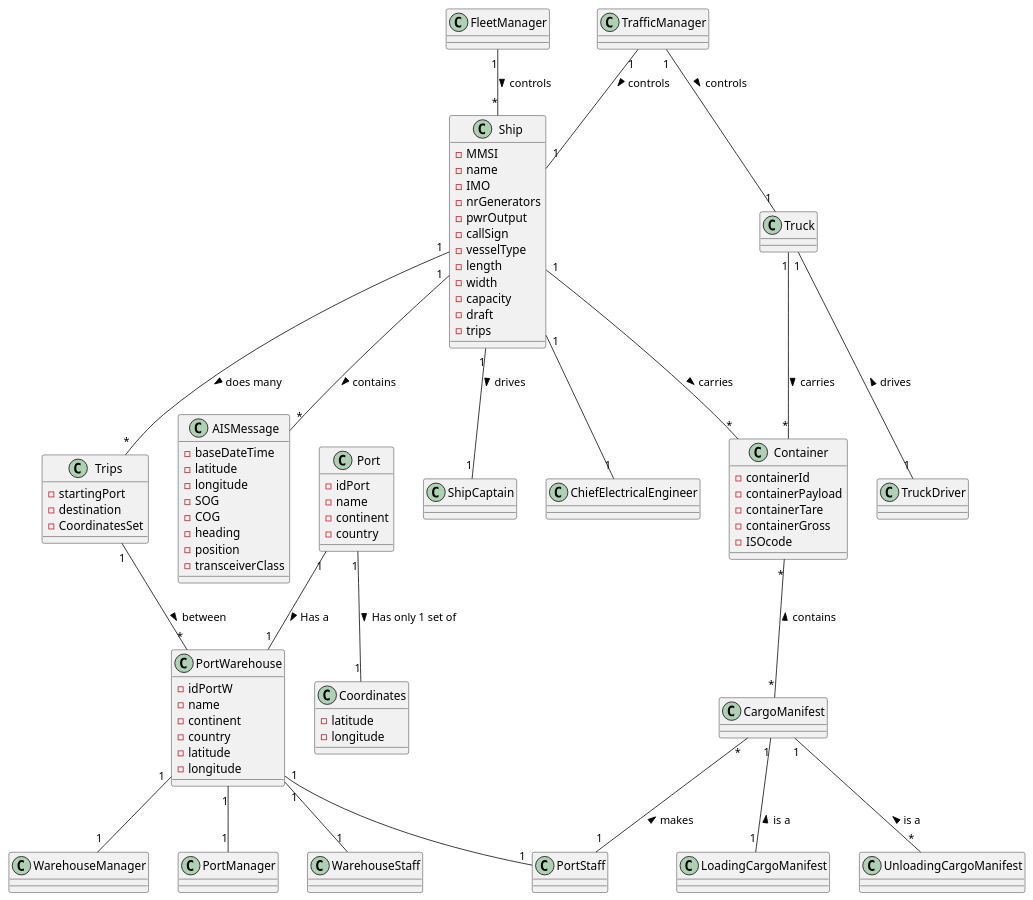
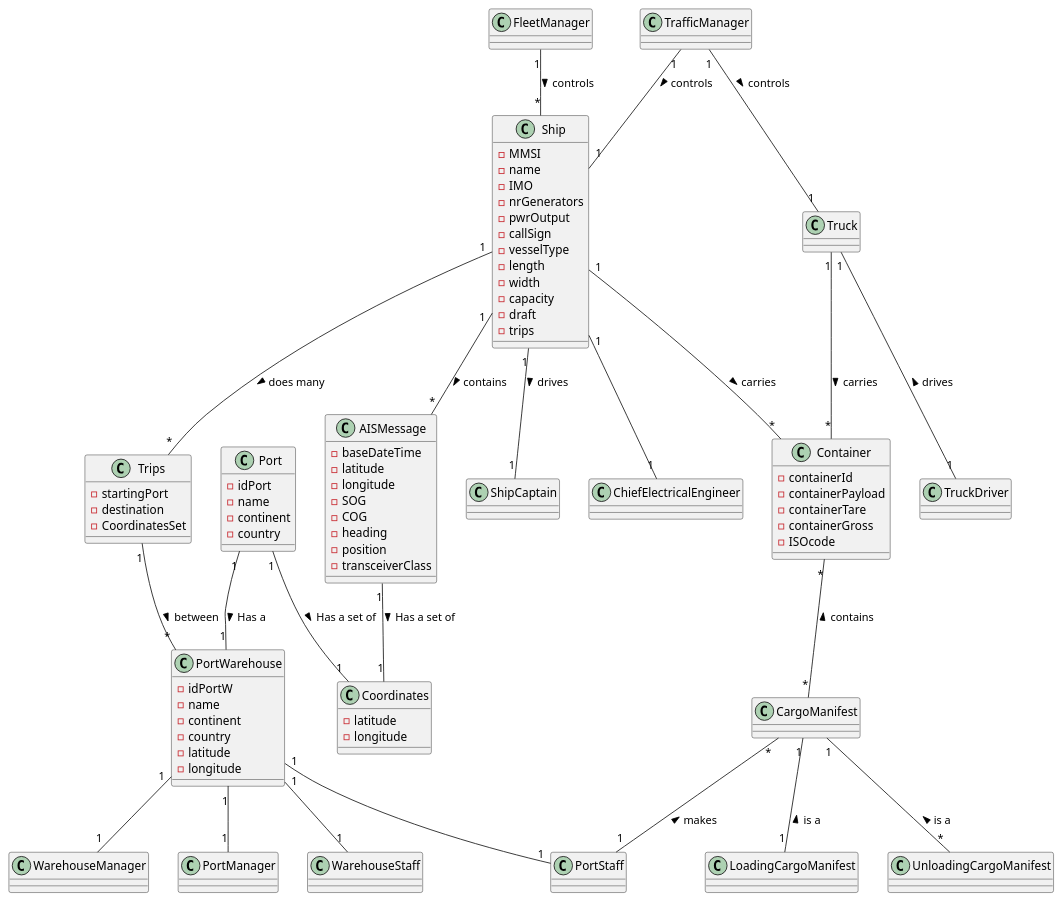
Before and after one commit to mpoboas/lapr3-2021-g102: the diagram in docs/Sprint2/DM.puml, drawn with PlantUML. The commit also changed 1 other file, not shown here.

```diff
--- a/docs/Sprint2/DM.puml
+++ b/docs/Sprint2/DM.puml
@@ -1,123 +1,129 @@
 @startuml
 'https://plantuml.com/class-diagram
 
 class Ship {
 -MMSI
 -name
 -IMO
 -nrGenerators
 -pwrOutput
 -callSign
 -vesselType
 -length
 -width
 -capacity
 -draft
 -trips
 }
+
 class AISMessage{
 -baseDateTime
 -latitude
 -longitude
 -SOG
 -COG
 -heading
 -position
 -transceiverClass
 }
+
 class Trips{
 -startingPort
 -destination
 -CoordinatesSet
 }
+
 class Truck {
 }
 
 class Container {
 -containerId
 -containerPayload
 -containerTare
 -containerGross
 -ISOcode
 }
 
 class PortWarehouse {
 -idPortW
 -name
 -continent
 -country
 -latitude
 -longitude
 }
 
 class ShipCaptain {
 }
 
 class TrafficManager {
 }
 
 class FleetManager {
 }
 
 class WarehouseStaff {
 }
 
 class WarehouseManager {
 }
 
 class PortManager {
 }
 
 class PortStaff {
 }
 
 class TrafficManager {
 }
 
 class TruckDriver {
 }
 
 class ChiefElectricalEngineer {
 }
 
 class CargoManifest {
 }
 
 class LoadingCargoManifest {
 }
 
 class UnloadingCargoManifest {
 }
+
 class Coordinates{
 -latitude
 -longitude
 }
+
 class Port {
 -idPort
 -name
 -continent
 -country
 }
-Port "1" -- "1" Coordinates : Has only 1 set of >
+
+Port "1" -- "1" Coordinates : Has a set of >
 Port "1" -- "1" PortWarehouse : Has a >
 FleetManager "1" -- "*" Ship : controls >
 TrafficManager "1" -- "1" Ship : controls >
 TrafficManager "1" -- "1" Truck : controls >
 Ship "1" -- "*" Container : carries >
 Ship "1" -- "*" AISMessage : contains >
+AISMessage "1" -- "1" Coordinates : Has a set of >
 Ship "1" -- "1" ShipCaptain : drives >
 Ship "1" -- "1" ChiefElectricalEngineer
 Trips "1" -- "*" PortWarehouse : between >
 Ship "1" -- "*" Trips : does many >
 Container "*" -- "*" CargoManifest : contains <
 Truck "1" -- "*" Container : carries >
 Truck "1" -- "1" TruckDriver : drives <
 PortWarehouse "1" -- "1" WarehouseManager
 PortWarehouse "1" -- "1" WarehouseStaff
 PortWarehouse "1" -- "1" PortManager
 PortWarehouse "1" -- "1" PortStaff
 LoadingCargoManifest "1" -u- "1" CargoManifest : is a >
 CargoManifest "*" -- "1" PortStaff : makes <
 UnloadingCargoManifest "*" -u- "1" CargoManifest : is a >
-
 @enduml
```
